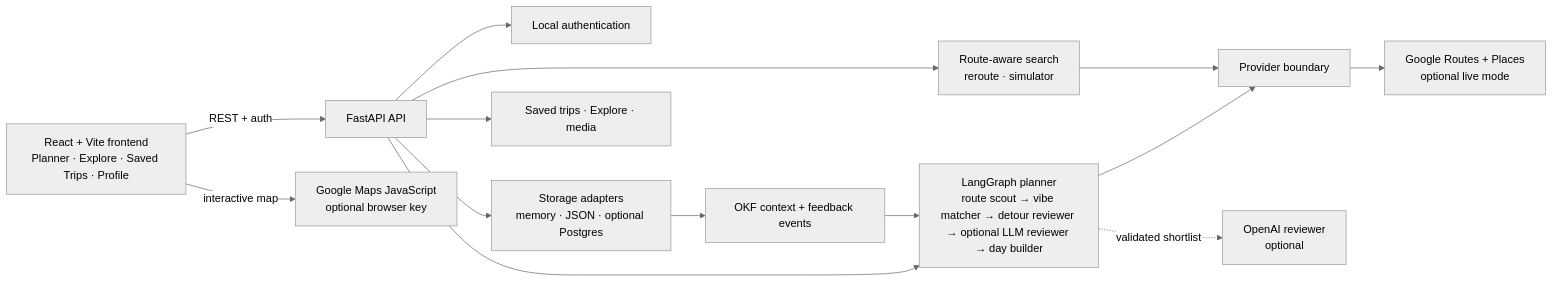
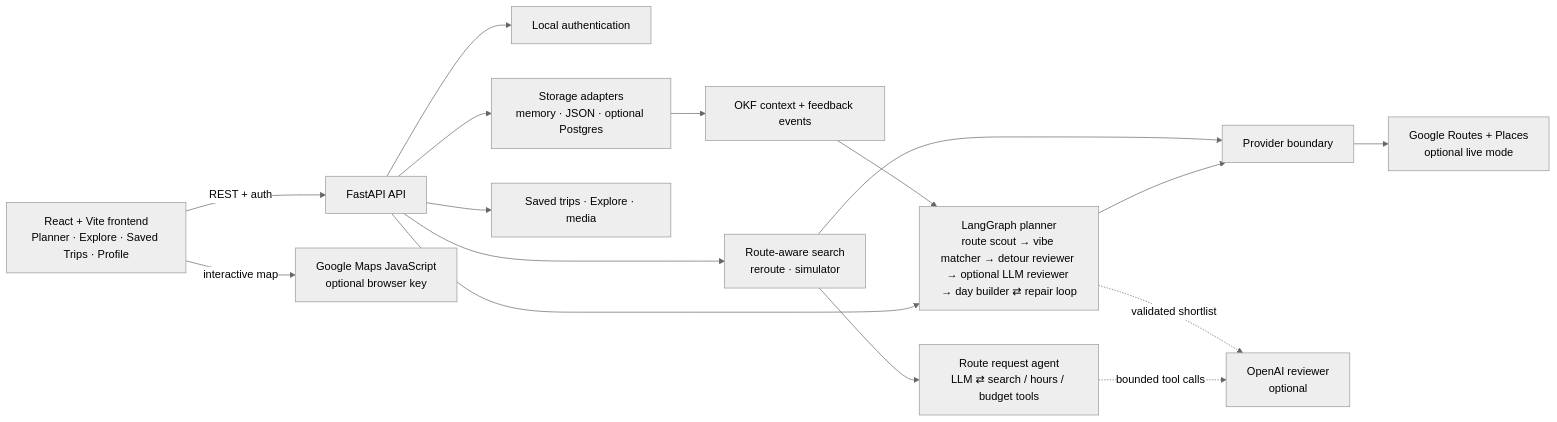
The diagram in README.md (decker757/VibeTrip), drawn with Mermaid (neutral theme) before and after one commit. The commit also changed other lines of this file and 1 other file, not shown here.

Commit message:
Document the agentic planner, tests, and optional LangSmith tracing

````diff
--- a/README.md
+++ b/README.md
@@ -82,29 +84,32 @@
 ```mermaid
 flowchart LR
     UI["React + Vite frontend<br/>Planner · Explore · Saved Trips · Profile"]
     API["FastAPI API"]
-    GRAPH["LangGraph planner<br/>route scout → vibe matcher → detour reviewer → optional LLM reviewer → day builder"]
+    GRAPH["LangGraph planner<br/>route scout → vibe matcher → detour reviewer → optional LLM reviewer → day builder ⇄ repair loop"]
+    AGENT["Route request agent<br/>LLM ⇄ search / hours / budget tools"]
     SEARCH["Route-aware search<br/>reroute · simulator"]
     PROVIDERS["Provider boundary"]
     MAPS["Google Routes + Places<br/>optional live mode"]
     LLM["OpenAI reviewer<br/>optional"]
     AUTH["Local authentication"]
     STORE["Storage adapters<br/>memory · JSON · optional Postgres"]
     OKF["OKF context + feedback events"]
     EXPLORE["Saved trips · Explore · media"]
     BROWSER["Google Maps JavaScript<br/>optional browser key"]
 
     UI -->|REST + auth| API
     UI -->|interactive map| BROWSER
     API --> GRAPH
     API --> SEARCH
+    SEARCH --> AGENT
+    AGENT -. bounded tool calls .-> LLM
     API --> AUTH
     API --> STORE
     API --> EXPLORE
     GRAPH --> PROVIDERS
     SEARCH --> PROVIDERS
     PROVIDERS --> MAPS
     GRAPH -. validated shortlist .-> LLM
     STORE --> OKF
     OKF --> GRAPH
 ```
````
